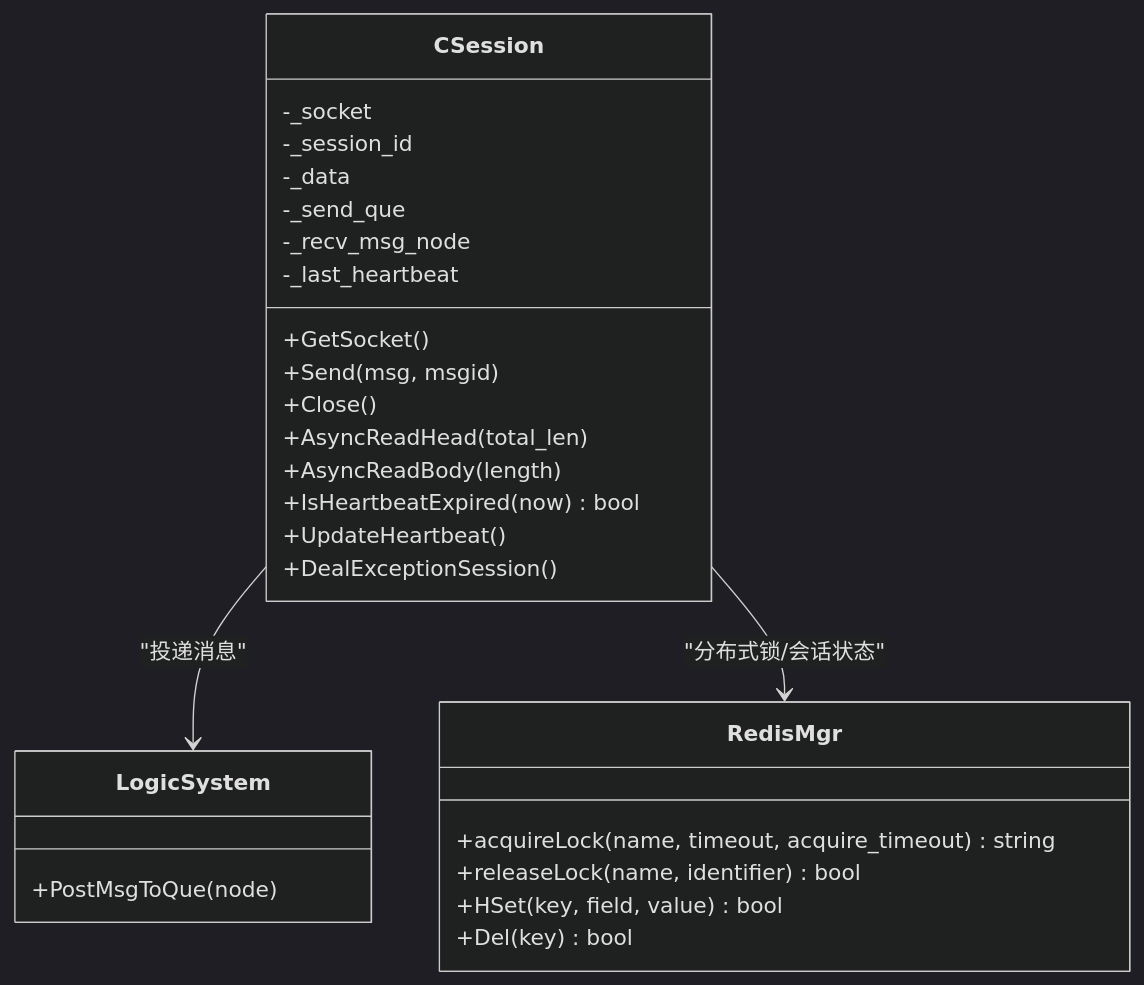
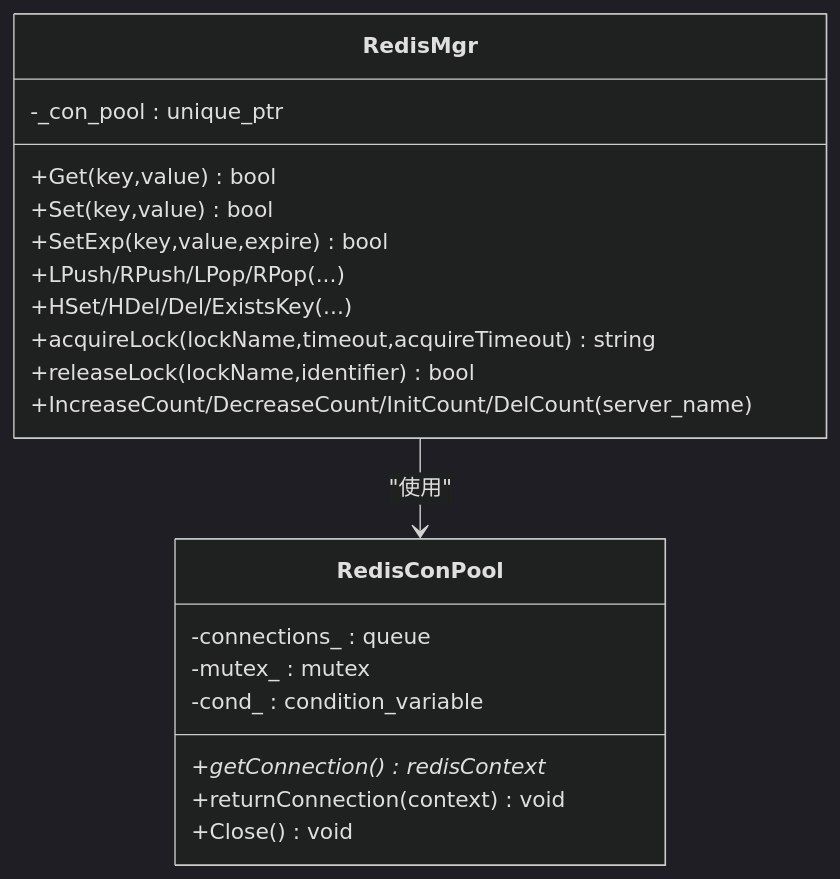
The fourth of 9 diagrams in .qoder/repowiki/zh/content/故障排查/故障排查.md (echo9923/mychatter), drawn with Mermaid (dark theme) before and after one commit. The commit also changed other lines of this file and 526 other files, not shown here.

Commit message:
docs: 为ChatServer所有头文件添加详细Doxygen注释 - 为18个头文件的类、函数、成员变量添加完整的中文注释 - 包含类职责说明、参数描述、返回值说明 - 涵盖AsioIOServicePool/CServer/CSession/LogicSystem等核心模块 - 同时更新GateServer的VerifyGrpcClient.h注释

````diff
--- a/.qoder/repowiki/zh/content/故障排查/故障排查.md
+++ b/.qoder/repowiki/zh/content/故障排查/故障排查.md
@@ -171,30 +169,23 @@
 ```mermaid
 classDiagram
-class CSession {
-+GetSocket()
-+Send(msg, msgid)
-+Close()
-+AsyncReadHead(total_len)
-+AsyncReadBody(length)
-+IsHeartbeatExpired(now) bool
-+UpdateHeartbeat()
-+DealExceptionSession()
--_socket
--_session_id
--_data
--_send_que
--_recv_msg_node
--_last_heartbeat
-}
-class LogicSystem {
-+PostMsgToQue(node)
+class RedisConPool {
++getConnection() redisContext*
++returnConnection(context) void
++Close() void
+-connections_ : queue<redisContext*>
+-mutex_ : mutex
+-cond_ : condition_variable
 }
 class RedisMgr {
-+acquireLock(name, timeout, acquire_timeout) string
-+releaseLock(name, identifier) bool
-+HSet(key, field, value) bool
-+Del(key) bool
++Get(key,value) bool
++Set(key,value) bool
++SetExp(key,value,expire) bool
++LPush/RPush/LPop/RPop(...)
++HSet/HDel/Del/ExistsKey(...)
++acquireLock(lockName,timeout,acquireTimeout) string
++releaseLock(lockName,identifier) bool
++IncreaseCount/DecreaseCount/InitCount/DelCount(server_name)
+-_con_pool : unique_ptr<RedisConPool>
 }
-CSession --> LogicSystem : "投递消息"
-CSession --> RedisMgr : "分布式锁/会话状态"
+RedisMgr --> RedisConPool : "使用"
 ```
````
